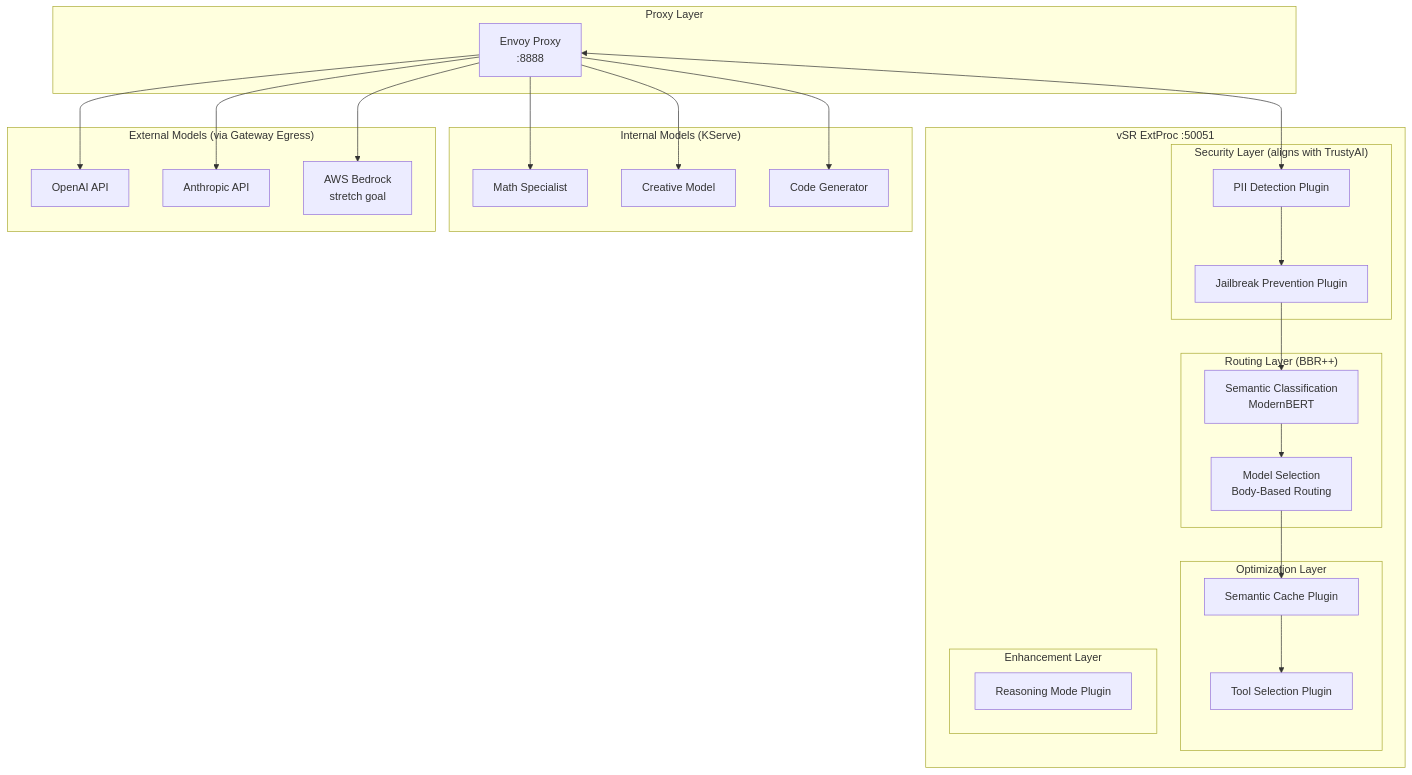
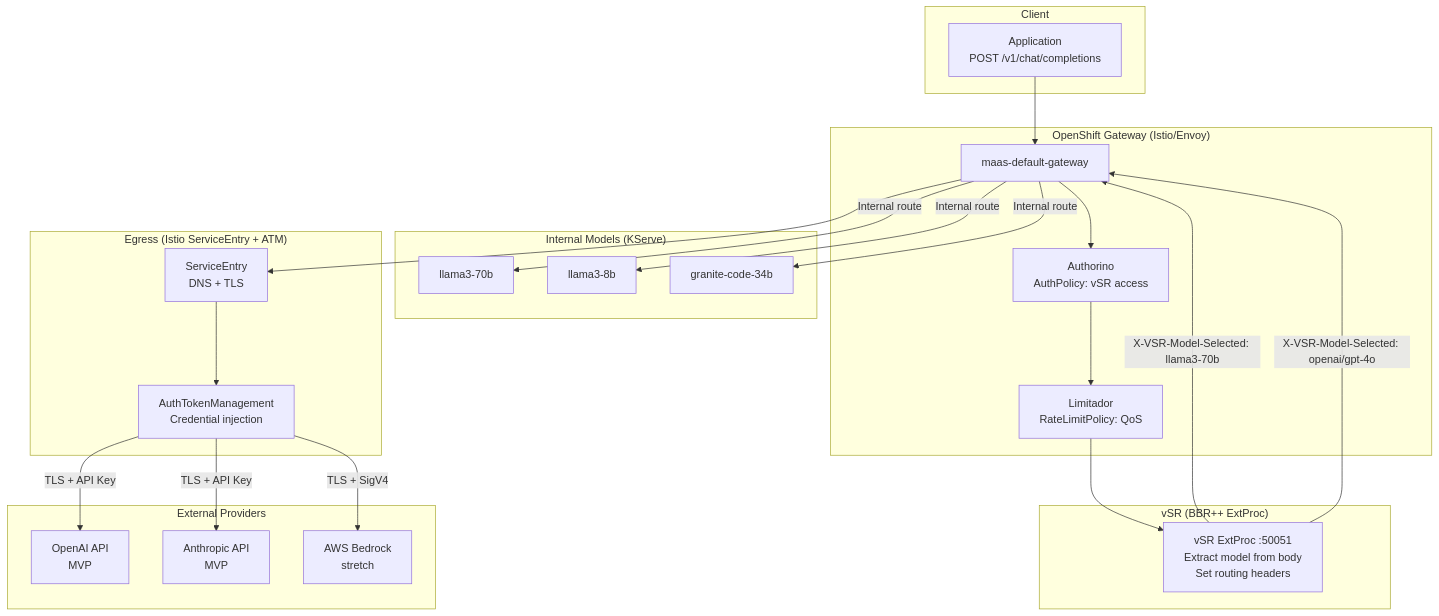
One commit to noyitz/maas-designs changed the first of 3 diagrams in vsr-maas-integration/phase-1-design-v1.2.md. Above: the diagram before and after it, drawn with Mermaid. The commit also changed other lines of this file, not shown here.

````diff
--- a/vsr-maas-integration/phase-1-design-v1.2.md
+++ b/vsr-maas-integration/phase-1-design-v1.2.md
@@ -110,53 +154,48 @@
 ```mermaid
 graph TB
-    subgraph "Proxy Layer"
-        Envoy[Envoy Proxy<br/>:8888]
+    subgraph "Client"
+        App[Application<br/>POST /v1/chat/completions]
     end
 
-    subgraph "vSR ExtProc :50051"
-        subgraph "Security Layer (aligns with TrustyAI)"
-            PIIDetector[PII Detection Plugin]
-            JailbreakGuard[Jailbreak Prevention Plugin]
-        end
+    subgraph "OpenShift Gateway (Istio/Envoy)"
+        Gateway[maas-default-gateway]
+        AuthZ[Authorino<br/>AuthPolicy: vSR access]
+        RL[Limitador<br/>RateLimitPolicy: QoS]
+    end
 
-        subgraph "Routing Layer (BBR++)"
-            Classifier[Semantic Classification<br/>ModernBERT]
-            ModelSelection[Model Selection<br/>Body-Based Routing]
-        end
-
-        subgraph "Optimization Layer"
-            Cache[Semantic Cache Plugin]
-            ToolsSelector[Tool Selection Plugin]
-        end
-
-        subgraph "Enhancement Layer"
-            ReasoningMode[Reasoning Mode Plugin]
-        end
+    subgraph "vSR (BBR++ ExtProc)"
+        ExtProc[vSR ExtProc :50051<br/>Extract model from body<br/>Set routing headers]
     end
 
     subgraph "Internal Models (KServe)"
-        Model1[Math Specialist]
-        Model2[Creative Model]
-        Model3[Code Generator]
+        KServe1[llama3-70b]
+        KServe2[llama3-8b]
+        KServe3[granite-code-34b]
     end
 
-    subgraph "External Models (via Gateway Egress)"
-        OpenAIExt[OpenAI API]
-        AnthropicExt[Anthropic API]
-        BedrockExt[AWS Bedrock<br/>stretch goal]
+    subgraph "Egress (Istio ServiceEntry + ATM)"
+        SE[ServiceEntry<br/>DNS + TLS]
+        ATM[AuthTokenManagement<br/>Credential injection]
     end
 
-    Envoy <--> PIIDetector
-    PIIDetector --> JailbreakGuard
-    JailbreakGuard --> Classifier
-    Classifier --> ModelSelection
-    ModelSelection --> Cache
-    Cache --> ToolsSelector
+    subgraph "External Providers"
+        OpenAI[OpenAI API<br/>MVP]
+        Anthropic[Anthropic API<br/>MVP]
+        Bedrock[AWS Bedrock<br/>stretch]
+    end
 
-    Envoy --> Model1
-    Envoy --> Model2
-    Envoy --> Model3
-    Envoy --> OpenAIExt
-    Envoy --> AnthropicExt
-    Envoy --> BedrockExt
+    App --> Gateway
+    Gateway --> AuthZ
+    AuthZ --> RL
+    RL --> ExtProc
+    ExtProc -->|X-VSR-Model-Selected: llama3-70b| Gateway
+    ExtProc -->|X-VSR-Model-Selected: openai/gpt-4o| Gateway
+    Gateway -->|Internal route| KServe1
+    Gateway -->|Internal route| KServe2
+    Gateway -->|Internal route| KServe3
+    Gateway --> SE
+    SE --> ATM
+    ATM -->|TLS + API Key| OpenAI
+    ATM -->|TLS + API Key| Anthropic
+    ATM -->|TLS + SigV4| Bedrock
 ```
````
